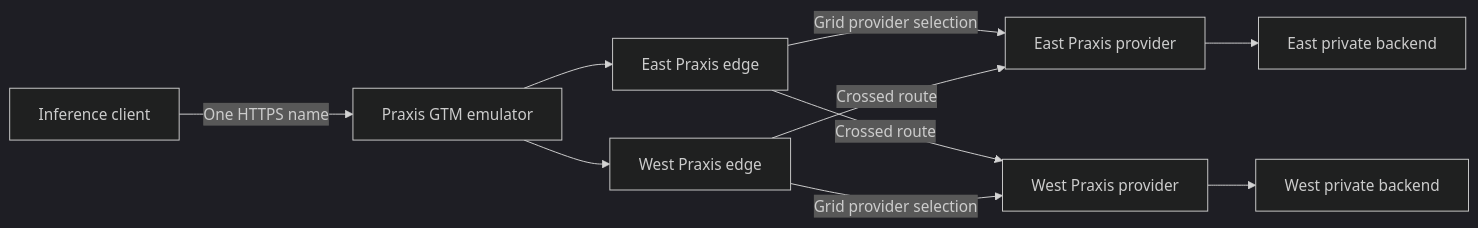
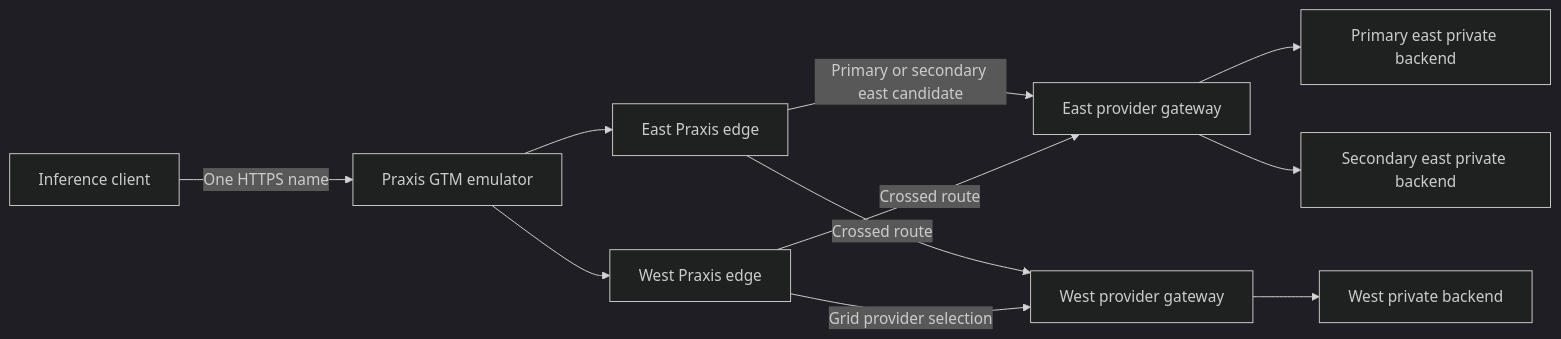
The fifth of 9 diagrams in demos/grid-glb-demo/README.md (hexfusion/grid), drawn with Mermaid (dark theme) before and after one commit. The commit also changed other lines of this file and 12 other files, not shown here.

````diff
--- a/demos/grid-glb-demo/README.md
+++ b/demos/grid-glb-demo/README.md
@@ -476,12 +487,13 @@
 ```mermaid
 flowchart LR
     Client[Inference client] -->|One HTTPS name| GTM[Praxis GTM emulator]
     GTM --> EastEdge[East Praxis edge]
     GTM --> WestEdge[West Praxis edge]
-    EastEdge -->|Grid provider selection| EastProvider[East Praxis provider]
-    EastEdge -->|Crossed route| WestProvider[West Praxis provider]
-    WestEdge -->|Crossed route| EastProvider
-    WestEdge -->|Grid provider selection| WestProvider
-    EastProvider --> EastBackend[East private backend]
-    WestProvider --> WestBackend[West private backend]
+    EastEdge -->|Primary or secondary east candidate| EastGateway[East provider gateway]
+    EastEdge -->|Crossed route| WestGateway[West provider gateway]
+    WestEdge -->|Crossed route| EastGateway
+    WestEdge -->|Grid provider selection| WestGateway
+    EastGateway --> EastBackend[Primary east private backend]
+    EastGateway --> EastBackend2[Secondary east private backend]
+    WestGateway --> WestBackend[West private backend]
 ```
````
